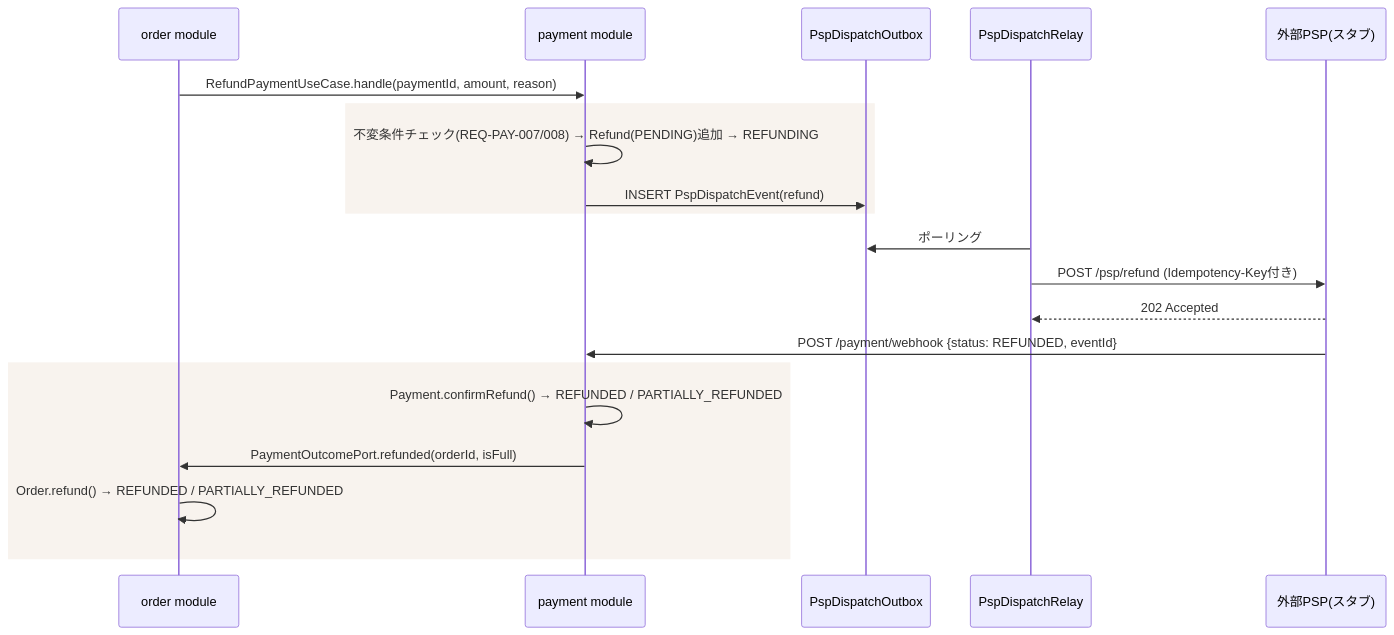
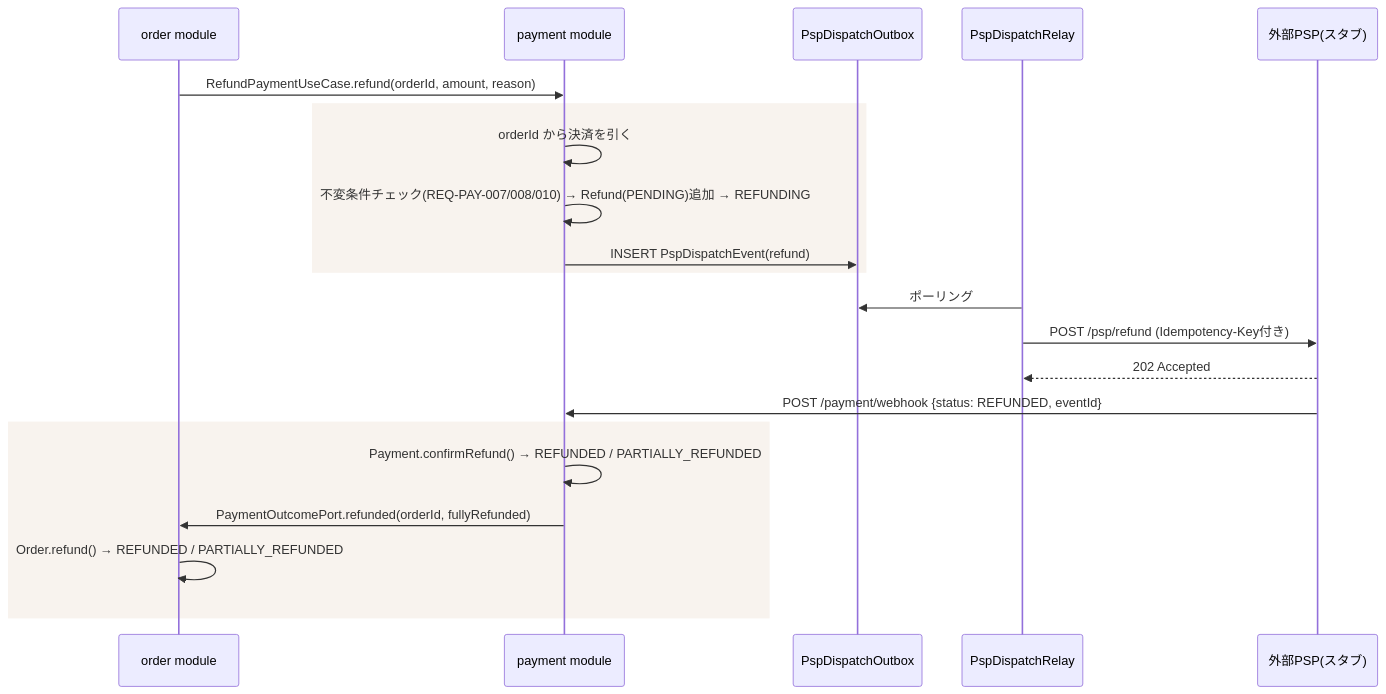
One commit to mizuna325/settlement changed the fifth of 5 diagrams in docs/design.md. Above: the diagram before and after it, drawn with Mermaid. The commit also changed other lines of this file, not shown here.

First line of the commit message:
update the design doc for capture and refund

````diff
--- a/docs/design.md
+++ b/docs/design.md
@@ -367,23 +384,24 @@
 ```mermaid
 sequenceDiagram
   participant O as order module
   participant P as payment module
   participant OB as PspDispatchOutbox
   participant Relay as PspDispatchRelay
   participant PSP as 外部PSP(スタブ)
 
-  O->>P: RefundPaymentUseCase.handle(paymentId, amount, reason)
+  O->>P: RefundPaymentUseCase.refund(orderId, amount, reason)
   rect rgba(168,98,44,0.08)
-  P->>P: 不変条件チェック(REQ-PAY-007/008) → Refund(PENDING)追加 → REFUNDING
+  P->>P: orderId から決済を引く
+  P->>P: 不変条件チェック(REQ-PAY-007/008/010) → Refund(PENDING)追加 → REFUNDING
   P->>OB: INSERT PspDispatchEvent(refund)
   end
   Relay->>OB: ポーリング
   Relay->>PSP: POST /psp/refund (Idempotency-Key付き)
   PSP-->>Relay: 202 Accepted
   PSP->>P: POST /payment/webhook {status: REFUNDED, eventId}
   rect rgba(168,98,44,0.08)
   P->>P: Payment.confirmRefund() → REFUNDED / PARTIALLY_REFUNDED
-  P->>O: PaymentOutcomePort.refunded(orderId, isFull)
+  P->>O: PaymentOutcomePort.refunded(orderId, fullyRefunded)
   O->>O: Order.refund() → REFUNDED / PARTIALLY_REFUNDED
   end
 ```
````
